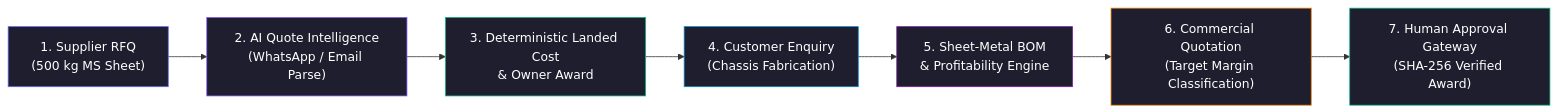
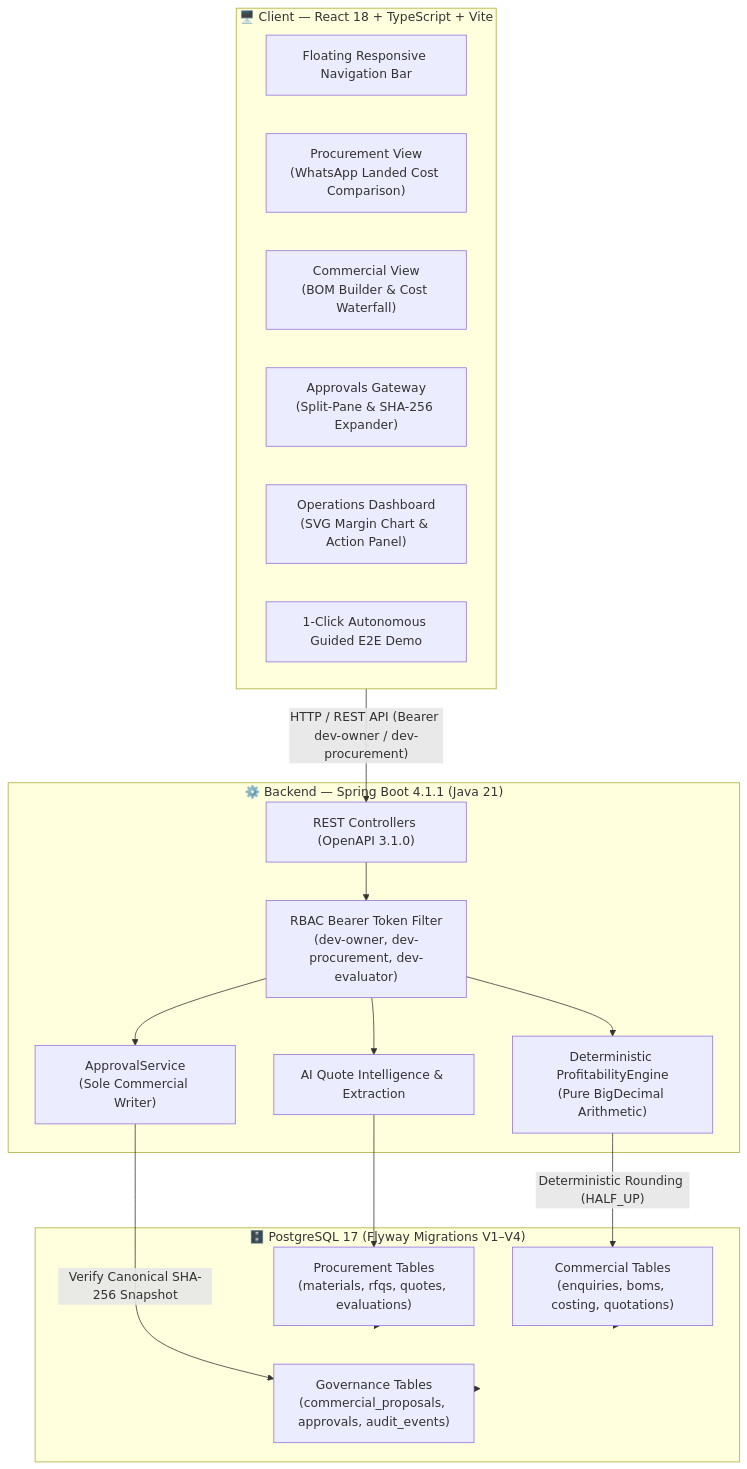
One commit to gopaljilab/GAVS-MUNIM changed the diagram in README.md. Above: the diagram before and after it, drawn with Mermaid. The commit also changed other lines of this file, not shown here.

Commit message:
docs: overhaul README with structured badges, diagrams, and MSME context

````diff
--- a/README.md
+++ b/README.md
@@ -36,17 +119,37 @@
 ```mermaid
-flowchart LR
-    A["1. Supplier RFQ\n(500 kg MS Sheet)"] --> B["2. AI Quote Intelligence\n(WhatsApp / Email Parse)"]
-    B --> C["3. Deterministic Landed Cost\n& Owner Award"]
-    C --> D["4. Customer Enquiry\n(Chassis Fabrication)"]
-    D --> E["5. Sheet-Metal BOM\n& Profitability Engine"]
-    E --> F["6. Commercial Quotation\n(Target Margin Classification)"]
-    F --> G["7. Human Approval Gateway\n(SHA-256 Verified Award)"]
+graph TB
+    subgraph Client["🖥️ Client — React 18 + TypeScript + Vite"]
+        NAV["Floating Responsive Navigation Bar"]
+        PROC["Procurement View\n(WhatsApp Landed Cost Comparison)"]
+        COMM["Commercial View\n(BOM Builder & Cost Waterfall)"]
+        APPR["Approvals Gateway\n(Split-Pane & SHA-256 Expander)"]
+        DASH["Operations Dashboard\n(SVG Margin Chart & Action Panel)"]
+        DEMO["1-Click Autonomous Guided E2E Demo"]
+    end
 
-    style A fill:#1e1e2f,stroke:#6366f1,color:#fff
-    style B fill:#1e1e2f,stroke:#8b5cf6,color:#fff
-    style C fill:#1e1e2f,stroke:#10b981,color:#fff
-    style D fill:#1e1e2f,stroke:#0288d1,color:#fff
-    style E fill:#1e1e2f,stroke:#7b1fa2,color:#fff
-    style F fill:#1e1e2f,stroke:#f57c00,color:#fff
-    style G fill:#1e1e2f,stroke:#10b981,color:#fff
+    subgraph Backend["⚙️ Backend — Spring Boot 4.1.1 (Java 21)"]
+        API["REST Controllers (OpenAPI 3.1.0)"]
+        RBAC["RBAC Bearer Token Filter\n(dev-owner, dev-procurement, dev-evaluator)"]
+        AI_EXT["AI Quote Intelligence & Extraction"]
+        PE["Deterministic ProfitabilityEngine\n(Pure BigDecimal Arithmetic)"]
+        APPR_SVC["ApprovalService\n(Sole Commercial Writer)"]
+    end
+
+    subgraph DB["🗄️ PostgreSQL 17 (Flyway Migrations V1–V4)"]
+        T_PROC["Procurement Tables\n(materials, rfqs, quotes, evaluations)"]
+        T_COMM["Commercial Tables\n(enquiries, boms, costing, quotations)"]
+        T_APPR["Governance Tables\n(commercial_proposals, approvals, audit_events)"]
+    end
+
+    Client -->|"HTTP / REST API (Bearer dev-owner / dev-procurement)"| API
+    API --> RBAC
+    RBAC --> AI_EXT
+    RBAC --> PE
+    RBAC --> APPR_SVC
+    APPR_SVC -->|"Verify Canonical SHA-256 Snapshot"| T_APPR
+    PE -->|"Deterministic Rounding (HALF_UP)"| T_COMM
+    AI_EXT --> T_PROC
+    T_PROC --> DB
+    T_COMM --> DB
+    T_APPR --> DB
 ```
````
